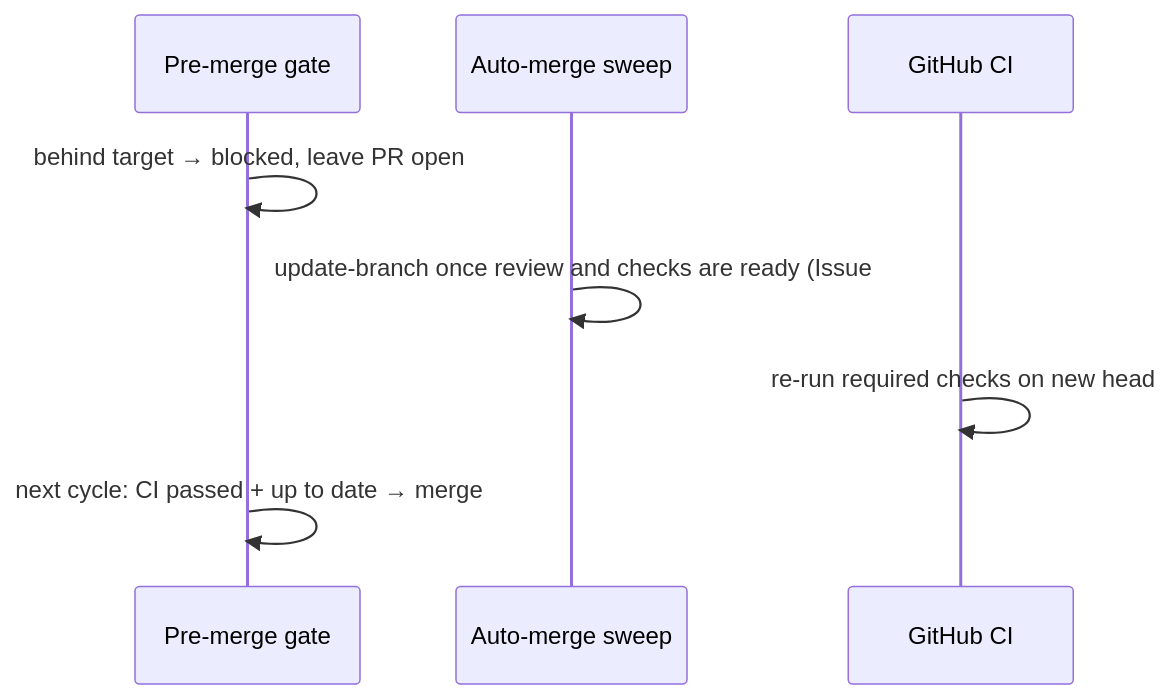
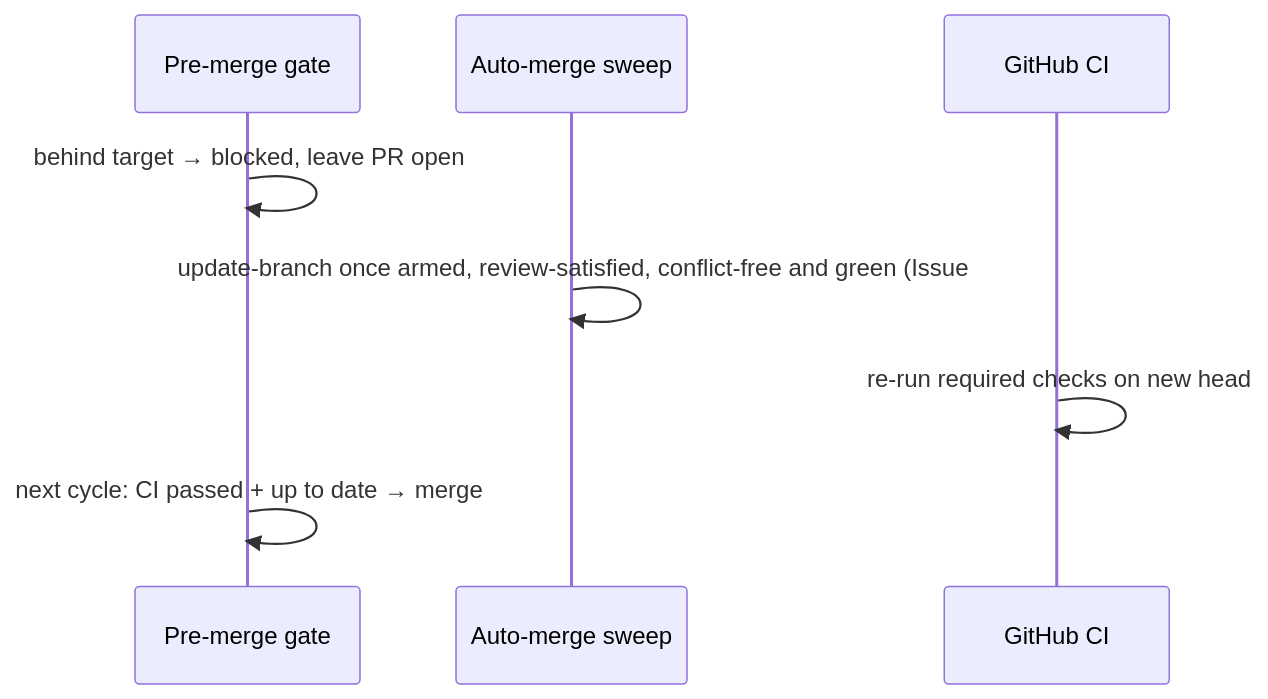
One commit to stSoftwareAU/VibeCoder changed the seventh of 11 diagrams in docs/workflows/pr-feedback.md. Above: the diagram before and after it, drawn with Mermaid. The commit also changed other lines of this file and 18 other files, not shown here.

````diff
--- a/docs/workflows/pr-feedback.md
+++ b/docs/workflows/pr-feedback.md
@@ -906,10 +911,10 @@
 ```mermaid
 sequenceDiagram
     participant G as Pre-merge gate
     participant M as Auto-merge sweep
     participant CI as GitHub CI
     G->>G: behind target → blocked, leave PR open
-    M->>M: update-branch once review and checks are ready (Issue #4613)
+    M->>M: update-branch once armed, review-satisfied, conflict-free and green (Issue #4613)
     CI->>CI: re-run required checks on new head
     G->>G: next cycle: CI passed + up to date → merge
 ```
````
